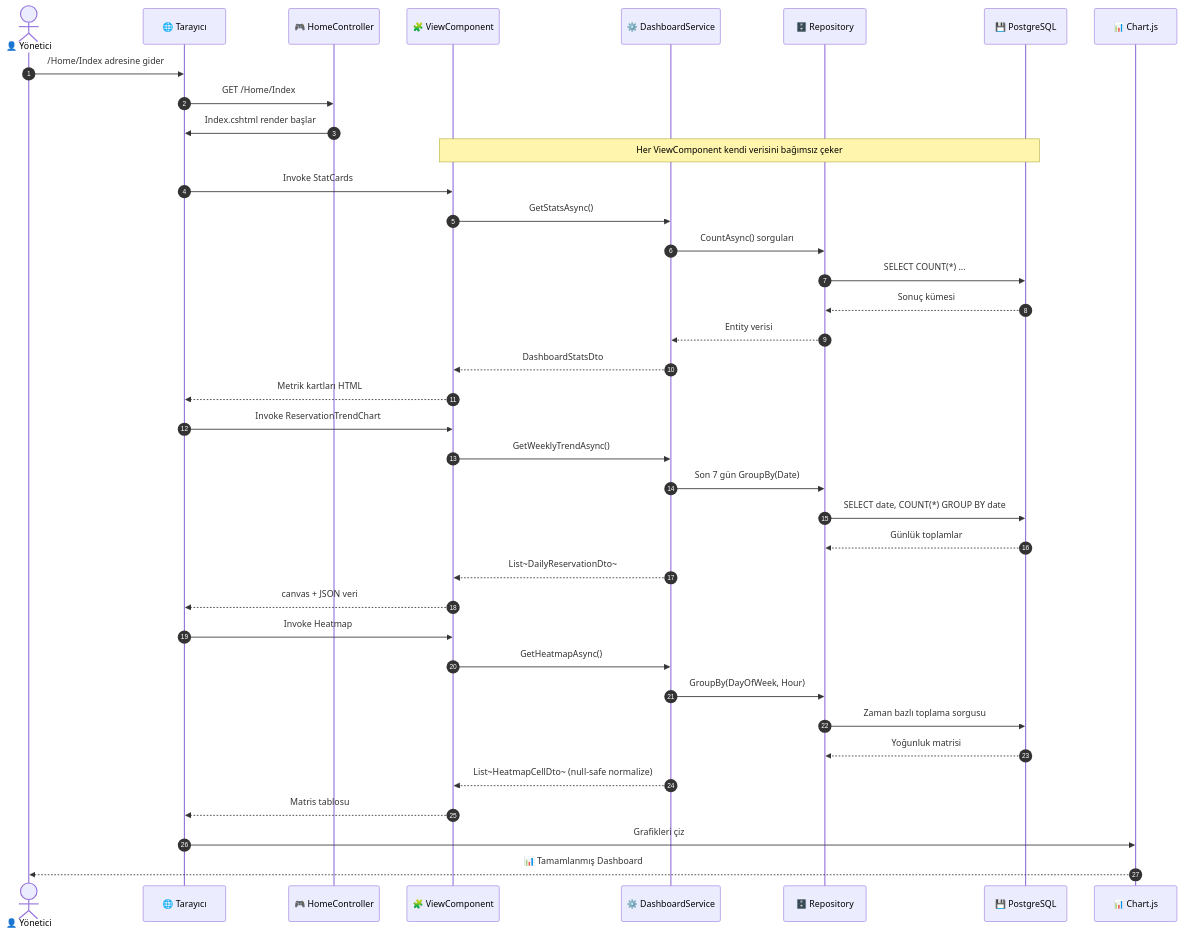
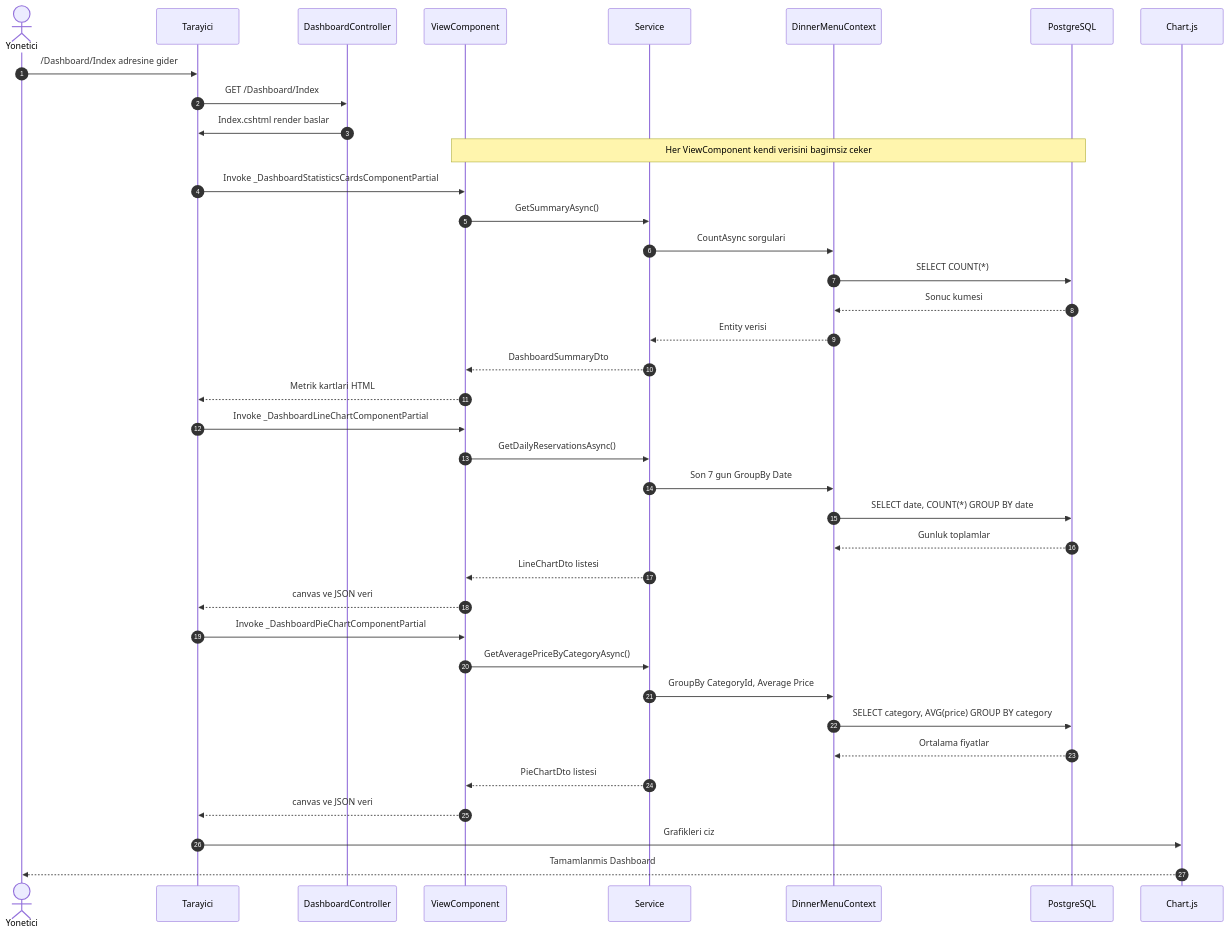
The sixth of 10 diagrams in README.md (yelda-batti0/DinaRestaurant-PostgreSQL), drawn with Mermaid before and after one commit. The commit also changed other lines of this file, not shown here.

````diff
--- a/README.md
+++ b/README.md
@@ -612,46 +521,46 @@
 ```mermaid
 sequenceDiagram
     autonumber
-    actor U as 👤 Yönetici
-    participant BR as 🌐 Tarayıcı
-    participant HC as 🎮 HomeController
-    participant VC as 🧩 ViewComponent
-    participant SV as ⚙️ DashboardService
-    participant RP as 🗄️ Repository
-    participant DB as 💾 PostgreSQL
-    participant CJ as 📊 Chart.js
+    actor U as Yonetici
+    participant BR as Tarayici
+    participant DC as DashboardController
+    participant VC as ViewComponent
+    participant SV as Service
+    participant CX as DinnerMenuContext
+    participant DB as PostgreSQL
+    participant CJ as Chart.js
 
-    U->>BR: /Home/Index adresine gider
-    BR->>HC: GET /Home/Index
-    HC->>BR: Index.cshtml render başlar
+    U->>BR: /Dashboard/Index adresine gider
+    BR->>DC: GET /Dashboard/Index
+    DC->>BR: Index.cshtml render baslar
 
-    Note over VC,DB: Her ViewComponent kendi verisini bağımsız çeker
+    Note over VC,DB: Her ViewComponent kendi verisini bagimsiz ceker
 
-    BR->>VC: Invoke StatCards
-    VC->>SV: GetStatsAsync()
-    SV->>RP: CountAsync() sorguları
-    RP->>DB: SELECT COUNT(*) ...
-    DB-->>RP: Sonuç kümesi
-    RP-->>SV: Entity verisi
-    SV-->>VC: DashboardStatsDto
-    VC-->>BR: Metrik kartları HTML
+    BR->>VC: Invoke _DashboardStatisticsCardsComponentPartial
+    VC->>SV: GetSummaryAsync()
+    SV->>CX: CountAsync sorgulari
+    CX->>DB: SELECT COUNT(*)
+    DB-->>CX: Sonuc kumesi
+    CX-->>SV: Entity verisi
+    SV-->>VC: DashboardSummaryDto
+    VC-->>BR: Metrik kartlari HTML
 
-    BR->>VC: Invoke ReservationTrendChart
-    VC->>SV: GetWeeklyTrendAsync()
-    SV->>RP: Son 7 gün GroupBy(Date)
-    RP->>DB: SELECT date, COUNT(*) GROUP BY date
-    DB-->>RP: Günlük toplamlar
-    SV-->>VC: List~DailyReservationDto~
-    VC-->>BR: canvas + JSON veri
+    BR->>VC: Invoke _DashboardLineChartComponentPartial
+    VC->>SV: GetDailyReservationsAsync()
+    SV->>CX: Son 7 gun GroupBy Date
+    CX->>DB: SELECT date, COUNT(*) GROUP BY date
+    DB-->>CX: Gunluk toplamlar
+    SV-->>VC: LineChartDto listesi
+    VC-->>BR: canvas ve JSON veri
 
-    BR->>VC: Invoke Heatmap
-    VC->>SV: GetHeatmapAsync()
-    SV->>RP: GroupBy(DayOfWeek, Hour)
-    RP->>DB: Zaman bazlı toplama sorgusu
-    DB-->>RP: Yoğunluk matrisi
-    SV-->>VC: List~HeatmapCellDto~ (null-safe normalize)
-    VC-->>BR: Matris tablosu
+    BR->>VC: Invoke _DashboardPieChartComponentPartial
+    VC->>SV: GetAveragePriceByCategoryAsync()
+    SV->>CX: GroupBy CategoryId, Average Price
+    CX->>DB: SELECT category, AVG(price) GROUP BY category
+    DB-->>CX: Ortalama fiyatlar
+    SV-->>VC: PieChartDto listesi
+    VC-->>BR: canvas ve JSON veri
 
-    BR->>CJ: Grafikleri çiz
-    CJ-->>U: 📊 Tamamlanmış Dashboard
+    BR->>CJ: Grafikleri ciz
+    CJ-->>U: Tamamlanmis Dashboard
 ```
````
